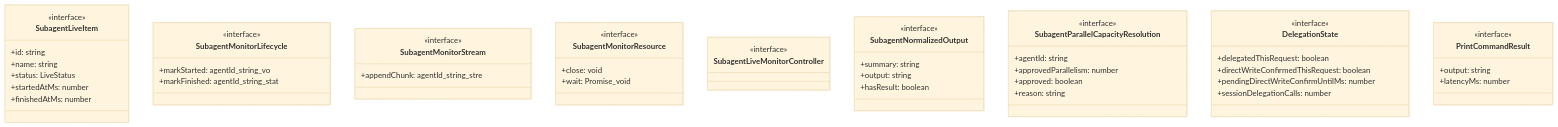
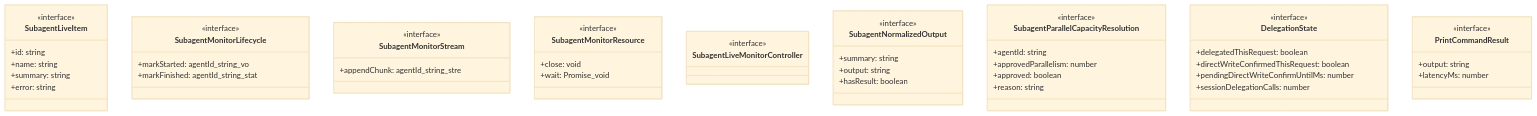
One commit to Mekann2904/mekann changed the first of 2 diagrams in ABDD/.pi/lib/subagent-types.md. Above: the diagram before and after it, drawn with Mermaid (base theme). The commit also changed other lines of this file and 205 other files, not shown here.

````diff
--- a/ABDD/.pi/lib/subagent-types.md
+++ b/ABDD/.pi/lib/subagent-types.md
@@ -43,53 +44,52 @@
 ```mermaid
 classDiagram
   class SubagentLiveItem {
     <<interface>>
     +id: string
     +name: string
-    +status: LiveStatus
-    +startedAtMs: number
-    +finishedAtMs: number
+    +summary: string
+    +error: string
   }
   class SubagentMonitorLifecycle {
     <<interface>>
     +markStarted: agentId_string_vo
     +markFinished: agentId_string_stat
   }
   class SubagentMonitorStream {
     <<interface>>
     +appendChunk: agentId_string_stre
   }
   class SubagentMonitorResource {
     <<interface>>
     +close: void
     +wait: Promise_void
   }
   class SubagentLiveMonitorController {
     <<interface>>
   }
   class SubagentNormalizedOutput {
     <<interface>>
     +summary: string
     +output: string
     +hasResult: boolean
   }
   class SubagentParallelCapacityResolution {
     <<interface>>
     +agentId: string
     +approvedParallelism: number
     +approved: boolean
     +reason: string
   }
   class DelegationState {
     <<interface>>
     +delegatedThisRequest: boolean
     +directWriteConfirmedThisRequest: boolean
     +pendingDirectWriteConfirmUntilMs: number
     +sessionDelegationCalls: number
   }
   class PrintCommandResult {
     <<interface>>
     +output: string
     +latencyMs: number
   }
 ```
````
